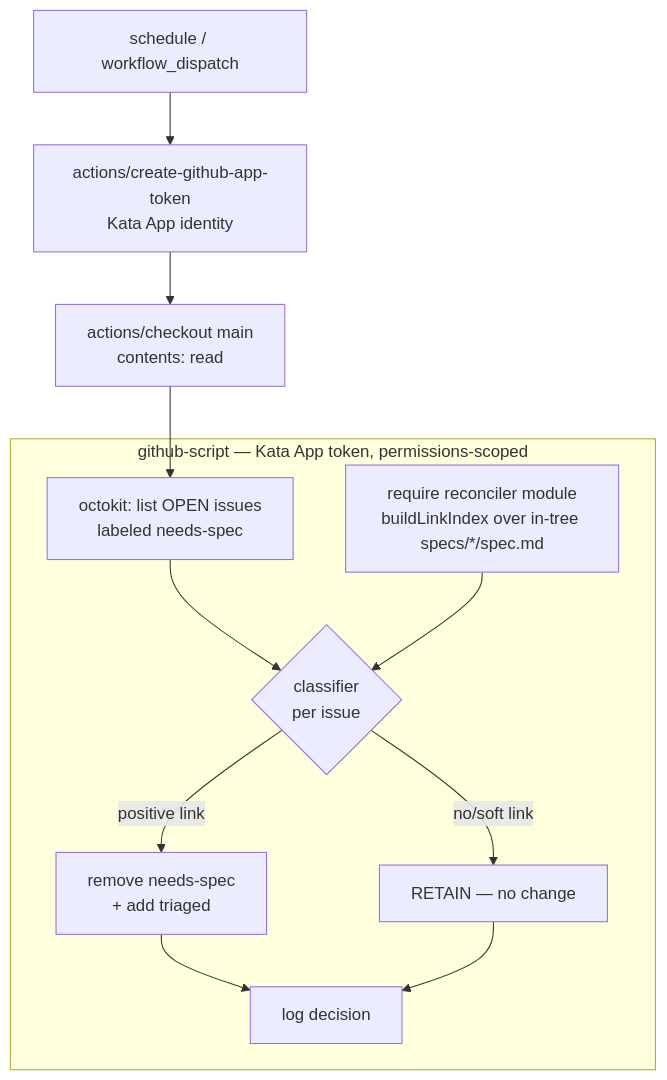
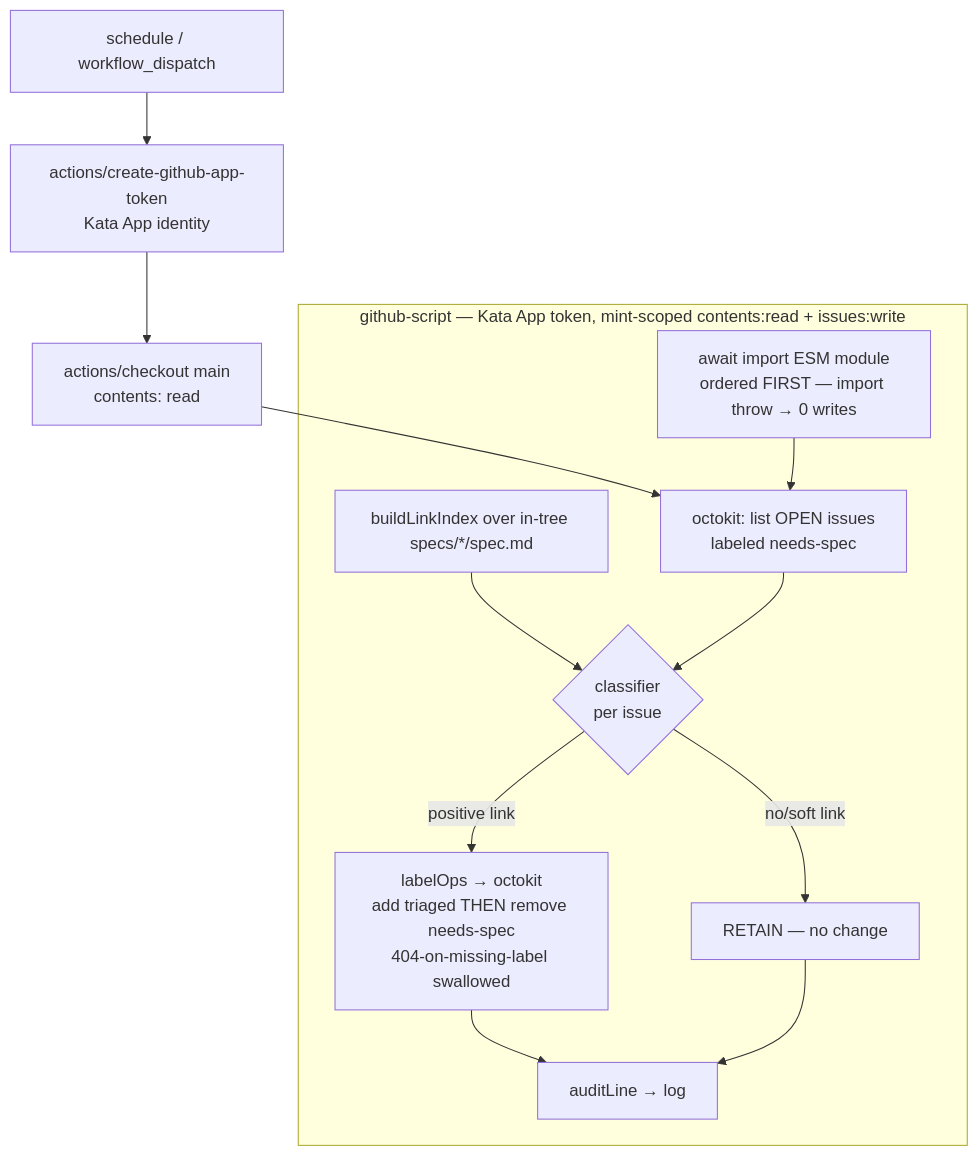
Before and after one commit to forwardimpact/bionova-apps: the diagram in specs/270-needs-spec-reconciler/design-a.md, drawn with Mermaid. The commit also changed other lines of this file, not shown here.

````diff
--- a/specs/270-needs-spec-reconciler/design-a.md
+++ b/specs/270-needs-spec-reconciler/design-a.md
@@ -26,14 +26,15 @@
 ```mermaid
 flowchart TD
   cron[schedule / workflow_dispatch] --> tok[actions/create-github-app-token<br/>Kata App identity]
   tok --> co[actions/checkout main<br/>contents: read]
   co --> list
-  subgraph gs [github-script — Kata App token, permissions-scoped]
+  subgraph gs [github-script — Kata App token, mint-scoped contents:read + issues:write]
+    imp[await import ESM module<br/>ordered FIRST — import throw → 0 writes] --> list
+    tree[buildLinkIndex over in-tree specs/*/spec.md] --> classify
     list[octokit: list OPEN issues<br/>labeled needs-spec] --> classify
-    tree[require reconciler module<br/>buildLinkIndex over in-tree specs/*/spec.md] --> classify
-    classify{classifier<br/>per issue} -->|positive link| mutate[remove needs-spec<br/>+ add triaged]
+    classify{classifier<br/>per issue} -->|positive link| mutate[labelOps → octokit<br/>add triaged THEN remove needs-spec<br/>404-on-missing-label swallowed]
     classify -->|no/soft link| retain[RETAIN — no change]
-    mutate --> log[log decision]
+    mutate --> log[auditLine → log]
     retain --> log
   end
 ```
````
